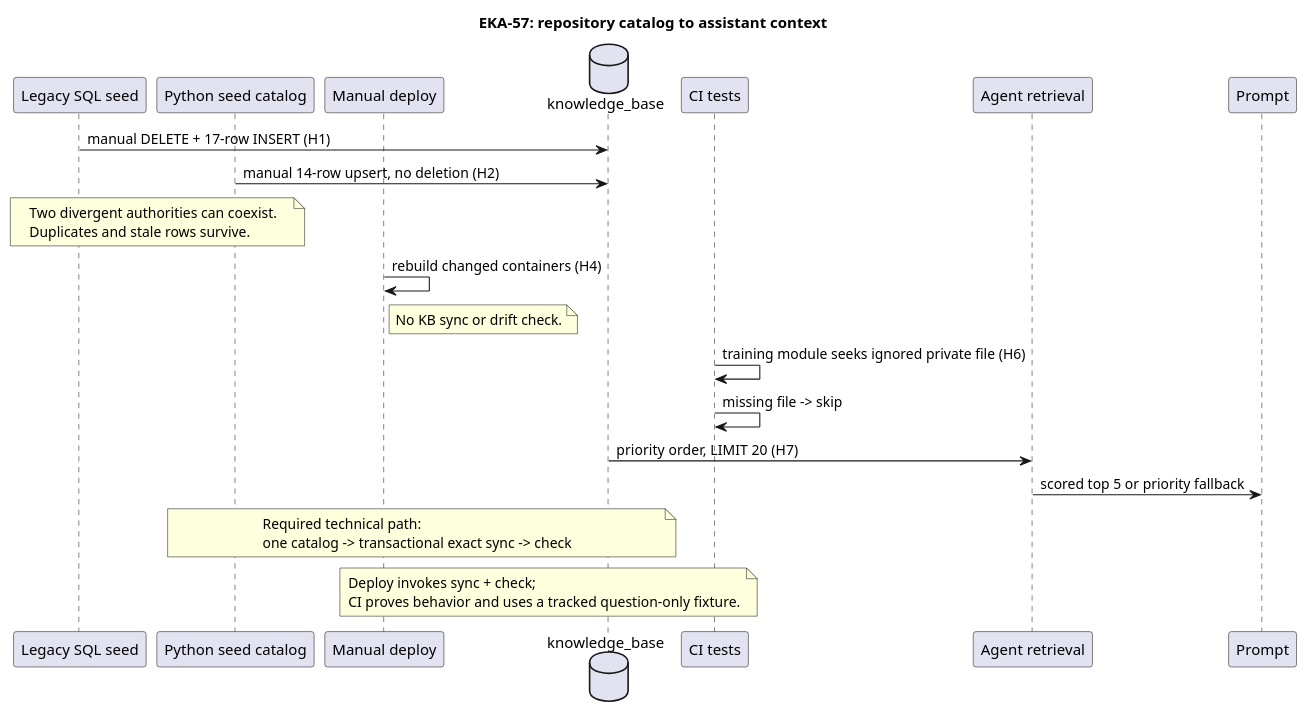
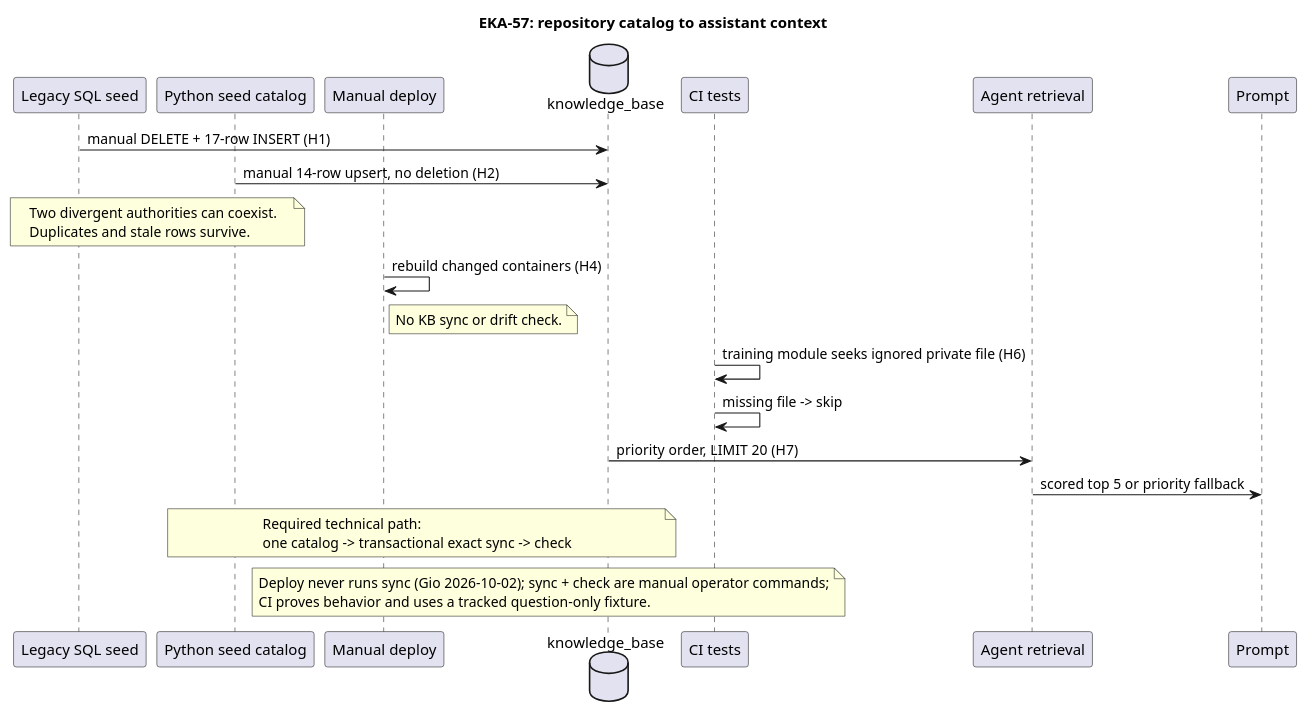
Before and after one commit to NeaBouli/pnyx: the eighth of 8 diagrams in docs/architecture/main-path.puml, drawn with PlantUML. The commit also changed 6 other files, not shown here.

First line of the commit message:
fix(kb): no automatic KB sync in the deploy workflow (Gio decision, CodeRabbit #399)

```diff
--- a/docs/architecture/main-path.puml
+++ b/docs/architecture/main-path.puml
@@ -198,38 +198,38 @@
 @startuml
 title EKA-57: repository catalog to assistant context
 
 participant "Legacy SQL seed" as SQL
 participant "Python seed catalog" as PY
 participant "Manual deploy" as DEPLOY
 database "knowledge_base" as DB
 participant "CI tests" as CI
 participant "Agent retrieval" as RAG
 participant "Prompt" as PROMPT
 
 SQL -> DB : manual DELETE + 17-row INSERT (H1)
 PY -> DB : manual 14-row upsert, no deletion (H2)
 note over SQL,PY
 Two divergent authorities can coexist.
 Duplicates and stale rows survive.
 end note
 
 DEPLOY -> DEPLOY : rebuild changed containers (H4)
 note right of DEPLOY
 No KB sync or drift check.
 end note
 
 CI -> CI : training module seeks ignored private file (H6)
 CI -> CI : missing file -> skip
 
 DB -> RAG : priority order, LIMIT 20 (H7)
 RAG -> PROMPT : scored top 5 or priority fallback
 
 note over PY,DB
 Required technical path:
 one catalog -> transactional exact sync -> check
 end note
 note over DEPLOY,CI
-Deploy invokes sync + check;
+Deploy never runs sync (Gio 2026-10-02); sync + check are manual operator commands;
 CI proves behavior and uses a tracked question-only fixture.
 end note
 @enduml
```
